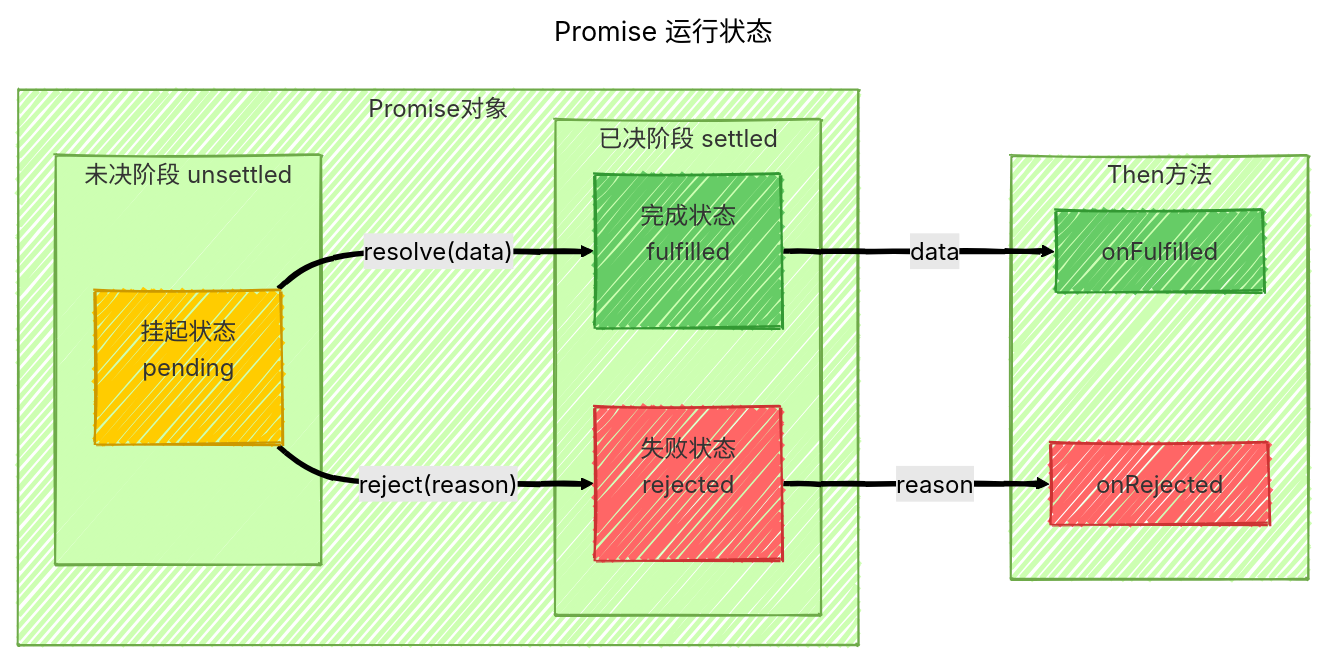
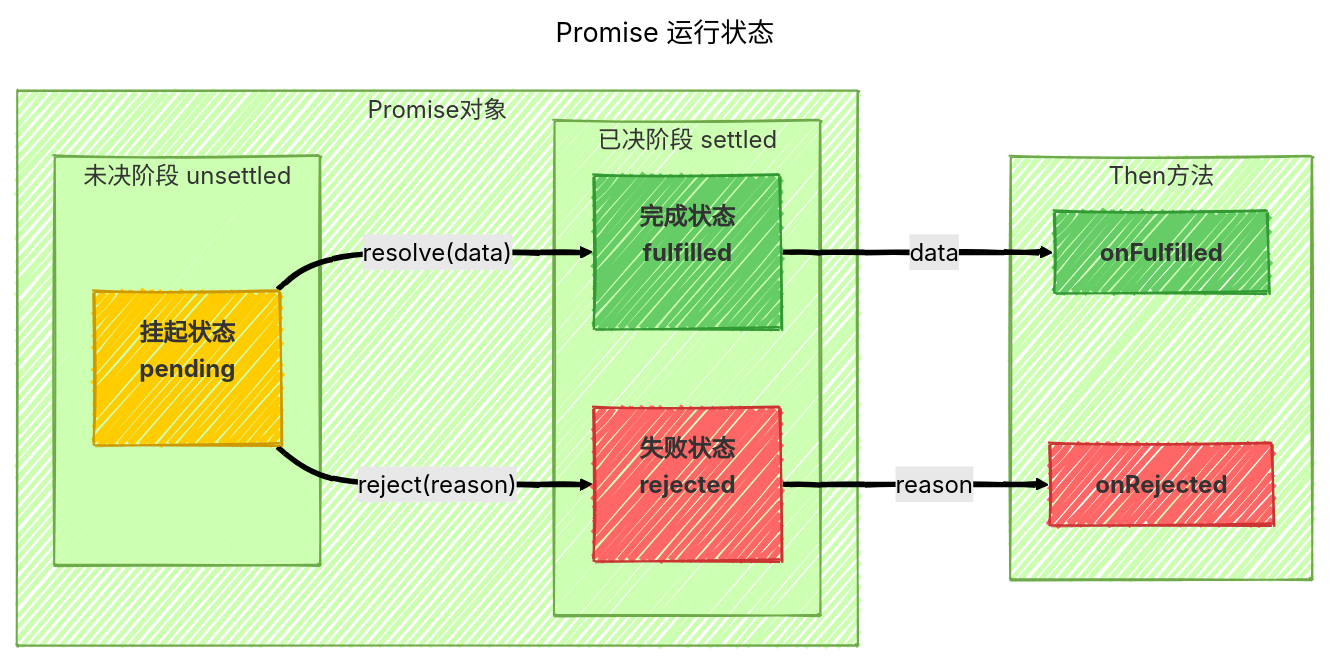
One commit to duminghong/blog changed the first of 2 diagrams in docs/courses/2.Promise/1.什么是Promise.md. Above: the diagram before and after it, drawn with Mermaid (forest theme). The commit also changed 4 other files, not shown here.

````diff
--- a/docs/courses/2.Promise/1.什么是Promise.md
+++ b/docs/courses/2.Promise/1.什么是Promise.md
@@ -49,45 +49,45 @@
 ```mermaid
 ---
 title: Promise 运行状态
 config:
   look: handDrawn
 ---
 %% 图表主体
 flowchart LR
   %% 定义样式类
-  classDef container fill:#f5f5f5,stroke:#ddd,stroke-width:1px;
-  classDef pendingNode fill:#ffcc00,color:#333,stroke:#cc9900,stroke-width:1.5px;
-  classDef fulfilledNode fill:#66cc66,color:#333,stroke:#339933,stroke-width:1.5px;
-  classDef rejectedNode fill:#ff6666,color:#333,stroke:#cc3333,stroke-width:1.5px;
+  classDef container fill:#f5f5f5,stroke:#ddd,stroke-width:1px,font-weight: bold;
+  classDef pendingNode fill:#ffcc00,color:#333,stroke:#cc9900,stroke-width:1.5px,font-weight: bold;
+  classDef fulfilledNode fill:#66cc66,color:#333,stroke:#339933,stroke-width:1.5px,font-weight: bold;
+  classDef rejectedNode fill:#ff6666,color:#333,stroke:#cc3333,stroke-width:1.5px,font-weight: bold;
 
   subgraph Promise对象
       style Promise对象 container
 
       subgraph 未决阶段 unsettled
           A["挂起状态<br>pending<br>&nbsp;"]
       end
       
       subgraph 已决阶段 settled
           B["完成状态<br>fulfilled<br>&nbsp;"] 
           C["失败状态<br>rejected<br>&nbsp;"]
       end
       
       %% 状态转换
       A ==>|"resolve(data)"| B
       A ==>|"reject(reason)"| C
   end
   
   %% Then方法部分
   subgraph Then方法
       style Then方法 container
 
       %% 数据流向then方法
       B ==>|data| E["onFulfilled"]
       C ==>|reason| F["onRejected"]
   end
   
   %% 样式应用
   class A pendingNode;
   class B,E fulfilledNode;
   class C,F rejectedNode;
 ```
````
